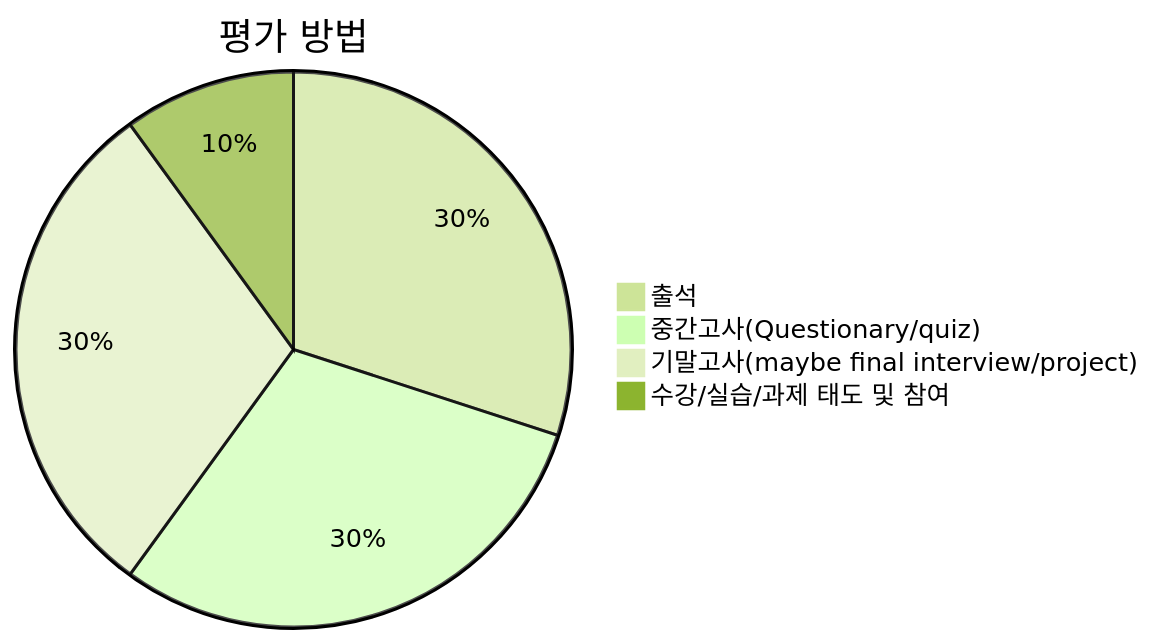
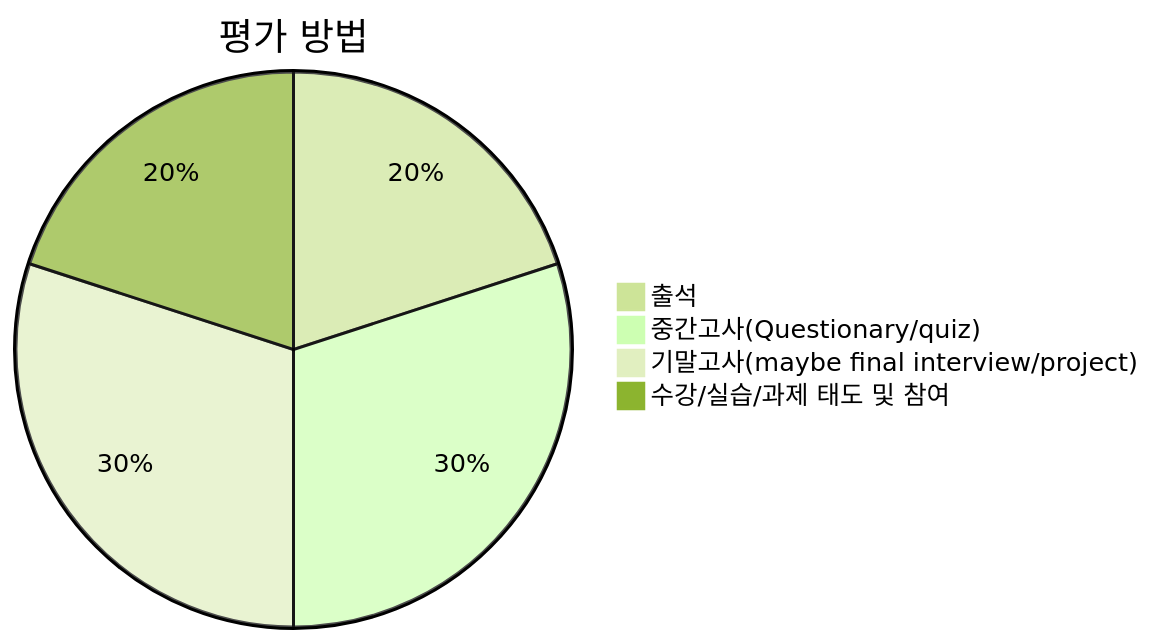
Before and after one commit to youngung/youngung.github.io: the second of 2 diagrams in assets/lecture_notes/1_2_data_mse/data_mse_01_orientation.md, drawn with Mermaid (forest theme). The commit also changed other lines of this file and 11 other files, not shown here.

````diff
--- a/assets/lecture_notes/1_2_data_mse/data_mse_01_orientation.md
+++ b/assets/lecture_notes/1_2_data_mse/data_mse_01_orientation.md
@@ -185,7 +183,7 @@
 ```mermaid
 pie title 평가 방법
-    "출석" : 30
+    "출석" : 20
     "중간고사(Questionary/quiz)" : 30
     "기말고사(maybe final interview/project)" : 30
-    "수강/실습/과제 태도 및 참여" : 10
+    "수강/실습/과제 태도 및 참여" : 20
 ```
````
